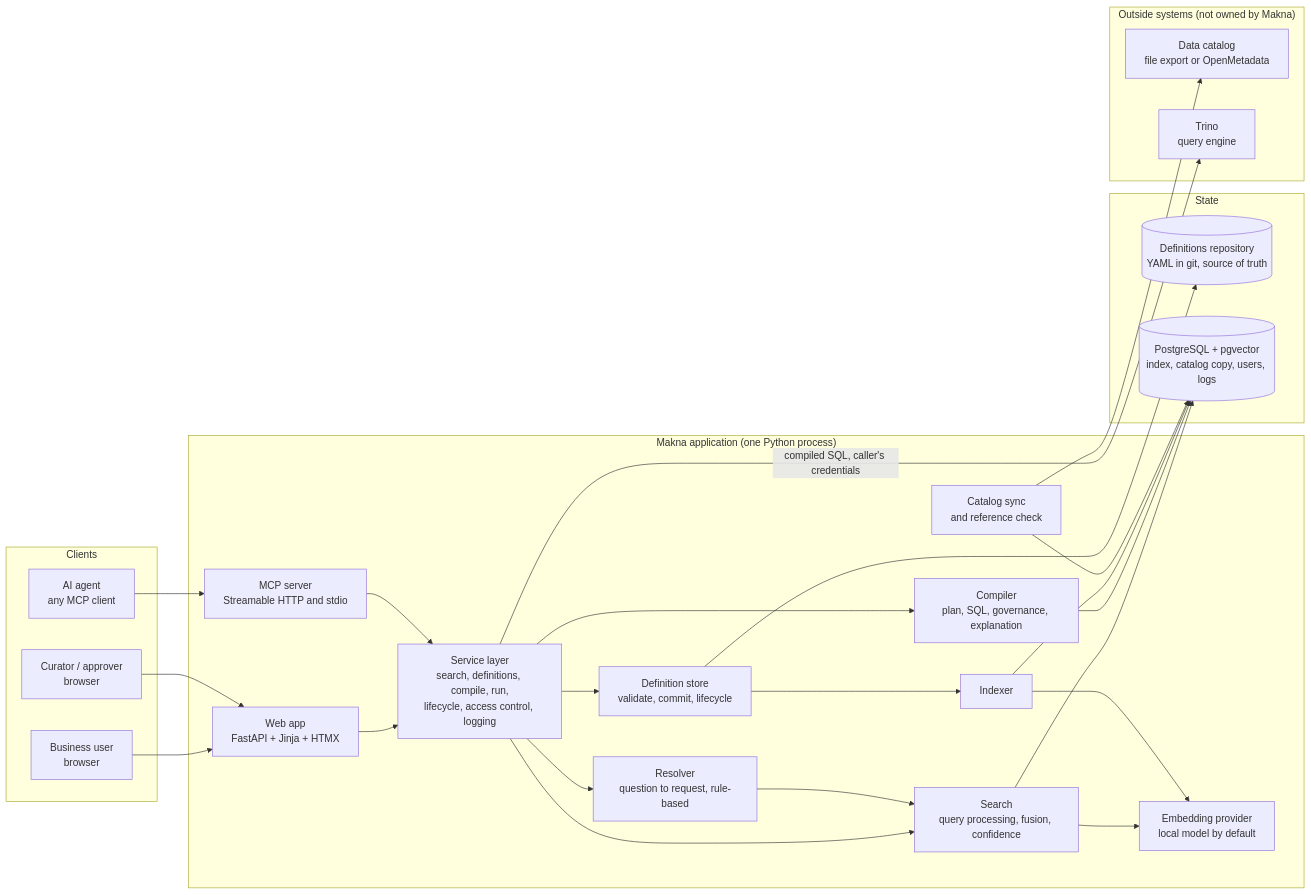
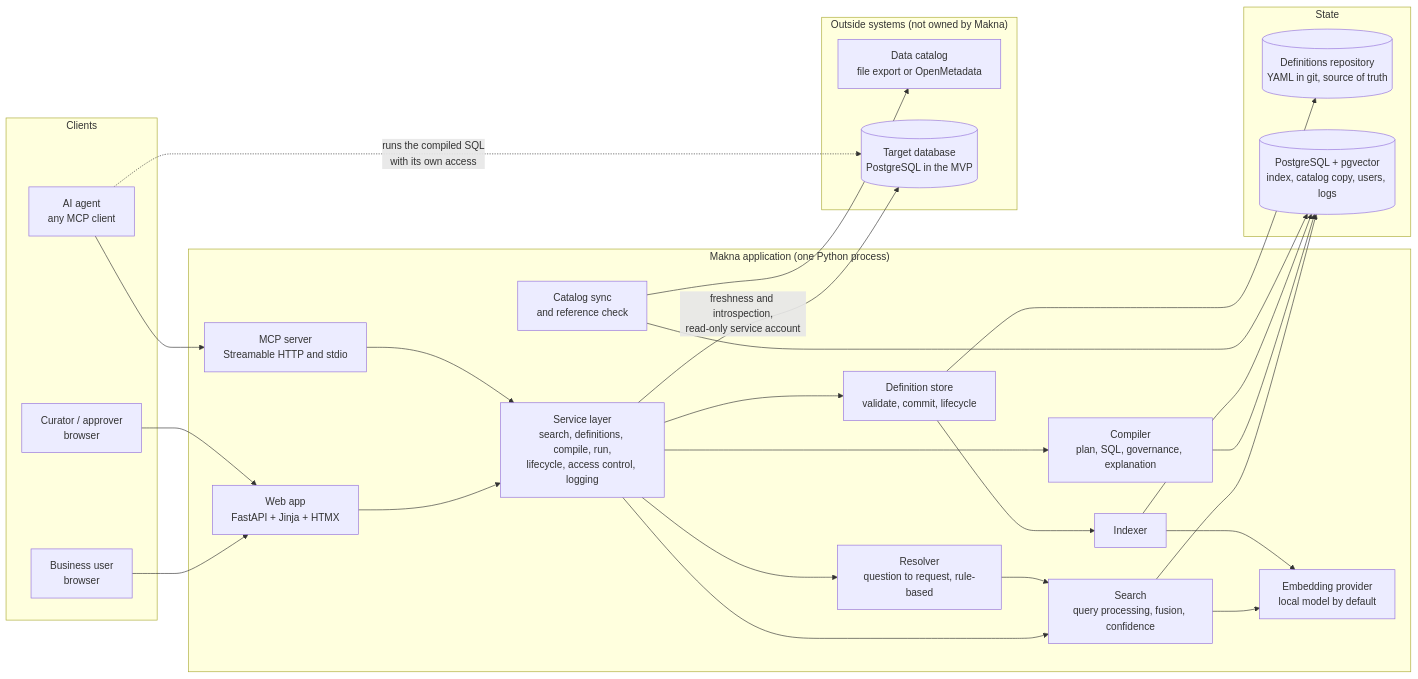
One commit to saifulrijal-ds/makna changed the diagram in docs/ARCHITECTURE.md. Above: the diagram before and after it, drawn with Mermaid. The commit also changed other lines of this file and 1 other file, not shown here.

First line of the commit message:
Architecture and decision records: compile only, PostgreSQL target, rules, example requests, governance approval (D-17 to D-22, D-24 to D-26)

````diff
--- a/docs/ARCHITECTURE.md
+++ b/docs/ARCHITECTURE.md
@@ -28,47 +29,48 @@
 ```mermaid
 flowchart LR
   subgraph Clients
     BU[Business user<br/>browser]
     CU[Curator / approver<br/>browser]
     AG[AI agent<br/>any MCP client]
   end
 
   subgraph Makna["Makna application (one Python process)"]
     WEB[Web app<br/>FastAPI + Jinja + HTMX]
     MCP[MCP server<br/>Streamable HTTP and stdio]
     SVC[Service layer<br/>search, definitions, compile, run,<br/>lifecycle, access control, logging]
     SEARCH[Search<br/>query processing, fusion, confidence]
     EMB[Embedding provider<br/>local model by default]
     COMP[Compiler<br/>plan, SQL, governance, explanation]
     RES[Resolver<br/>question to request, rule-based]
     STORE[Definition store<br/>validate, commit, lifecycle]
     IDX[Indexer]
     SYNC[Catalog sync<br/>and reference check]
   end
 
   subgraph State
     GIT[(Definitions repository<br/>YAML in git, source of truth)]
     PG[(PostgreSQL + pgvector<br/>index, catalog copy, users, logs)]
   end
 
   subgraph Outside["Outside systems (not owned by Makna)"]
     CAT[Data catalog<br/>file export or OpenMetadata]
-    TRINO[Trino<br/>query engine]
+    ENG[(Target database<br/>PostgreSQL in the MVP)]
   end
 
   BU --> WEB
   CU --> WEB
   AG --> MCP
   WEB --> SVC
   MCP --> SVC
   SVC --> SEARCH --> PG
   SEARCH --> EMB
   SVC --> RES --> SEARCH
   SVC --> COMP --> PG
   SVC --> STORE --> GIT
   STORE --> IDX --> PG
   IDX --> EMB
   SYNC --> CAT
   SYNC --> PG
-  SVC -- "compiled SQL, caller's credentials" --> TRINO
+  SVC -- "freshness and introspection,<br/>read-only service account" --> ENG
+  AG -. "runs the compiled SQL<br/>with its own access" .-> ENG
 ```
````
